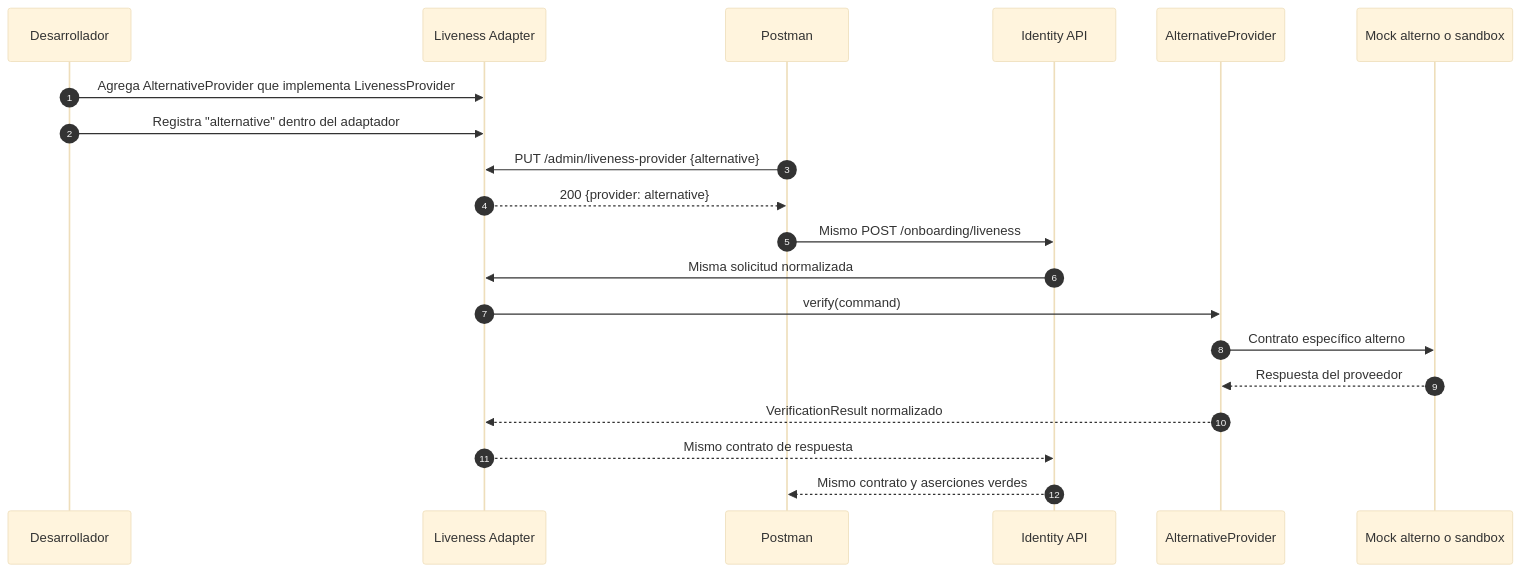
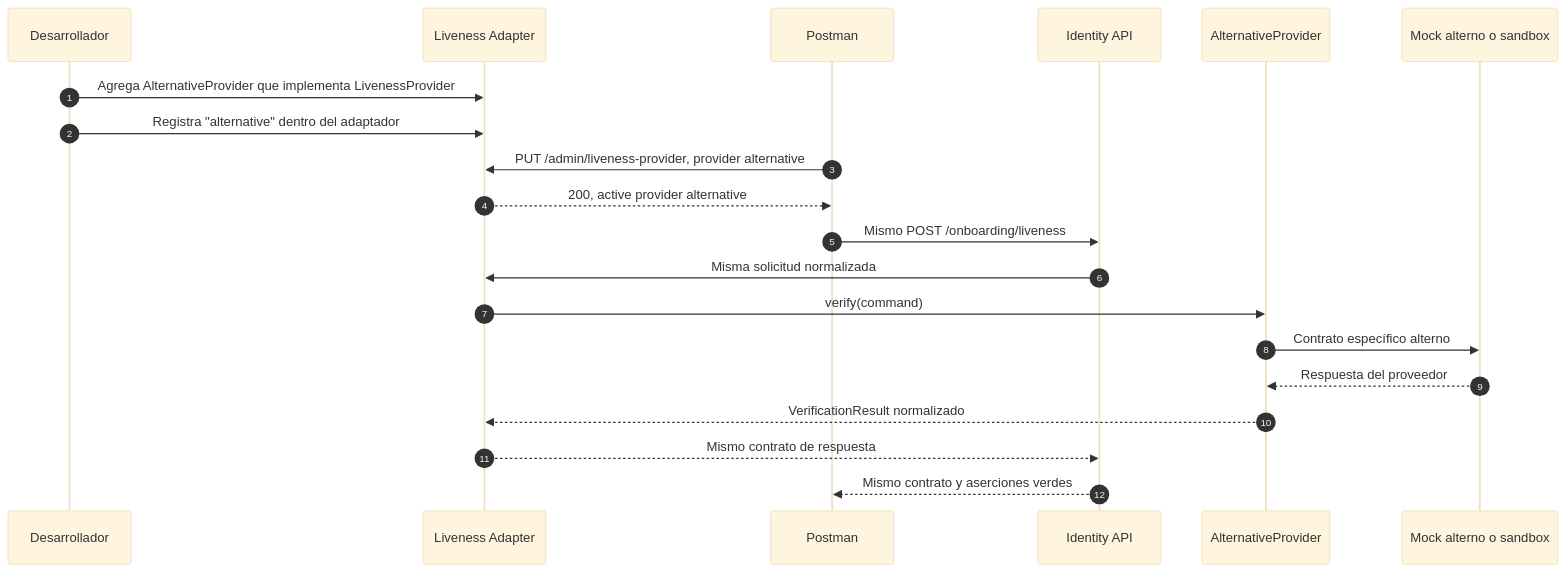
The fifth of 6 diagrams in docs/visual-architecture.md (dzamoranouniandes/misw4501-202614-grupo3-exp-mod2), drawn with Mermaid (base theme) before and after one commit.

Commit message:
fix: correct Mermaid alternative provider sequence

````diff
--- a/docs/visual-architecture.md
+++ b/docs/visual-architecture.md
@@ -165,23 +165,23 @@
 ```mermaid
 sequenceDiagram
     autonumber
     participant Dev as Desarrollador
     participant A as Liveness Adapter
     participant P as Postman
     participant I as Identity API
     participant AP as AlternativeProvider
     participant AM as Mock alterno o sandbox
 
     Dev->>A: Agrega AlternativeProvider que implementa LivenessProvider
     Dev->>A: Registra "alternative" dentro del adaptador
-    P->>A: PUT /admin/liveness-provider {alternative}
-    A-->>P: 200 {provider: alternative}
+    P->>A: PUT /admin/liveness-provider, provider alternative
+    A-->>P: 200, active provider alternative
     P->>I: Mismo POST /onboarding/liveness
     I->>A: Misma solicitud normalizada
     A->>AP: verify(command)
     AP->>AM: Contrato específico alterno
     AM-->>AP: Respuesta del proveedor
     AP-->>A: VerificationResult normalizado
     A-->>I: Mismo contrato de respuesta
     I-->>P: Mismo contrato y aserciones verdes
 ```
````
